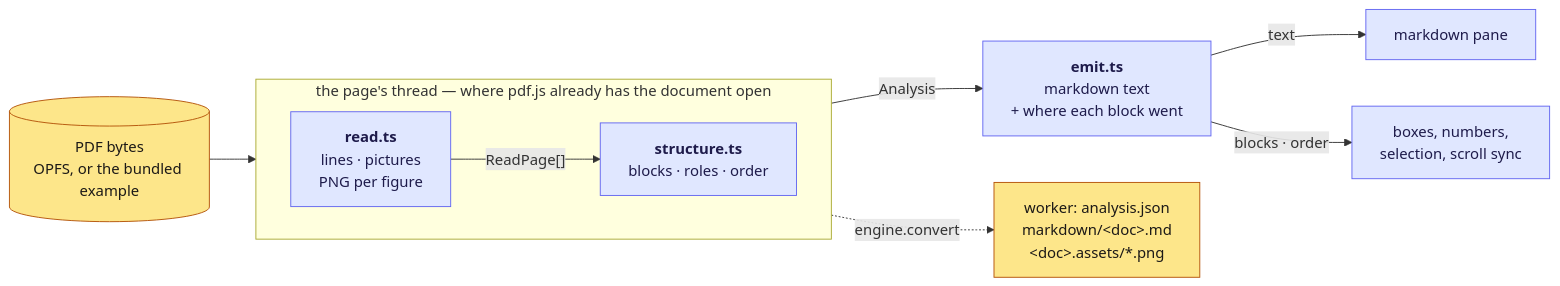
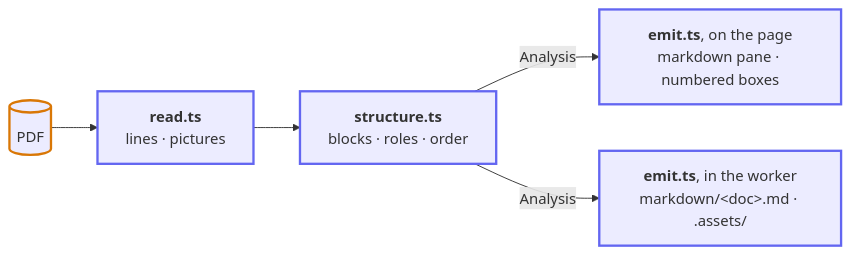
The first of 2 diagrams in README.md (roest1/mdgest), drawn with Mermaid before and after one commit. The commit also changed other lines of this file and 3 other files, not shown here.

````diff
--- a/README.md
+++ b/README.md
@@ -105,21 +122,12 @@
 ```mermaid
 flowchart LR
-    PDF[("PDF bytes<br/>OPFS, or the bundled example")]
-    subgraph PAGE ["the page's thread — where pdf.js already has the document open"]
-        direction LR
-        READ["<b>read.ts</b><br/>lines · pictures<br/>PNG per figure"]
-        STRUCT["<b>structure.ts</b><br/>blocks · roles · order"]
-        READ -->|"ReadPage[]"| STRUCT
-    end
-    EMIT["<b>emit.ts</b><br/>markdown text<br/>+ where each block went"]
-    STRUCT -->|"Analysis"| EMIT
-    PDF --> READ
-    EMIT -->|"text"| PANE["markdown pane"]
-    EMIT -->|"blocks · order"| BOX["boxes, numbers,<br/>selection, scroll sync"]
-    STRUCT -.->|"engine.convert"| WK["worker: analysis.json<br/>markdown/&lt;doc&gt;.md<br/>&lt;doc&gt;.assets/*.png"]
+    PDF[("PDF")] --> READ["<b>read.ts</b><br/>lines · pictures"]
+    READ --> STRUCT["<b>structure.ts</b><br/>blocks · roles · order"]
+    STRUCT -->|"Analysis"| PAGE["<b>emit.ts</b>, on the page<br/>markdown pane · numbered boxes"]
+    STRUCT -->|"Analysis"| WORKER["<b>emit.ts</b>, in the worker<br/>markdown/&lt;doc&gt;.md · .assets/"]
 
-    classDef step fill:#e0e7ff,stroke:#6366f1,stroke-width:1px,color:#1e1b4b
-    classDef store fill:#fde68a,stroke:#b45309,stroke-width:1px,color:#1c1917
-    class READ,STRUCT,EMIT,PANE,BOX step
-    class PDF,WK store
+    classDef step stroke:#6366f1,stroke-width:2.5px
+    classDef store stroke:#d97706,stroke-width:2.5px
+    class READ,STRUCT,PAGE,WORKER step
+    class PDF store
 ```
````
